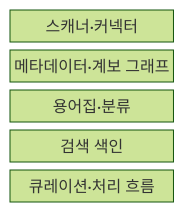
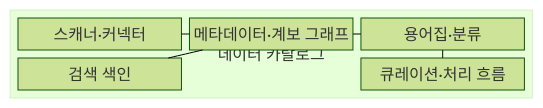
Before and after one commit to agnusdei1207/knowledge-base: the first of 2 diagrams in src/content/docs/notes/03-software/133_data_catalog.md, drawn with Mermaid (forest theme). The commit also changed other lines of this file and 20 other files, not shown here.

````diff
--- a/src/content/docs/notes/03-software/133_data_catalog.md
+++ b/src/content/docs/notes/03-software/133_data_catalog.md
@@ -57,9 +57,17 @@
 ```mermaid
-block-beta
+block
     columns 1
-    A["스캐너·커넥터"]
-    B["메타데이터·계보 그래프"]
-    C["용어집·분류"]
-    D["검색 색인"]
-    E["큐레이션·처리 흐름"]
+    block:CATALOG["데이터 카탈로그"]
+        columns 3
+        A["스캐너·커넥터"]
+        B["메타데이터·계보 그래프"]
+        C["용어집·분류"]
+        D["검색 색인"]
+        space
+        E["큐레이션·처리 흐름"]
+    end
+    A --- B
+    B --- C
+    B --- D
+    C --- E
 ```
````
